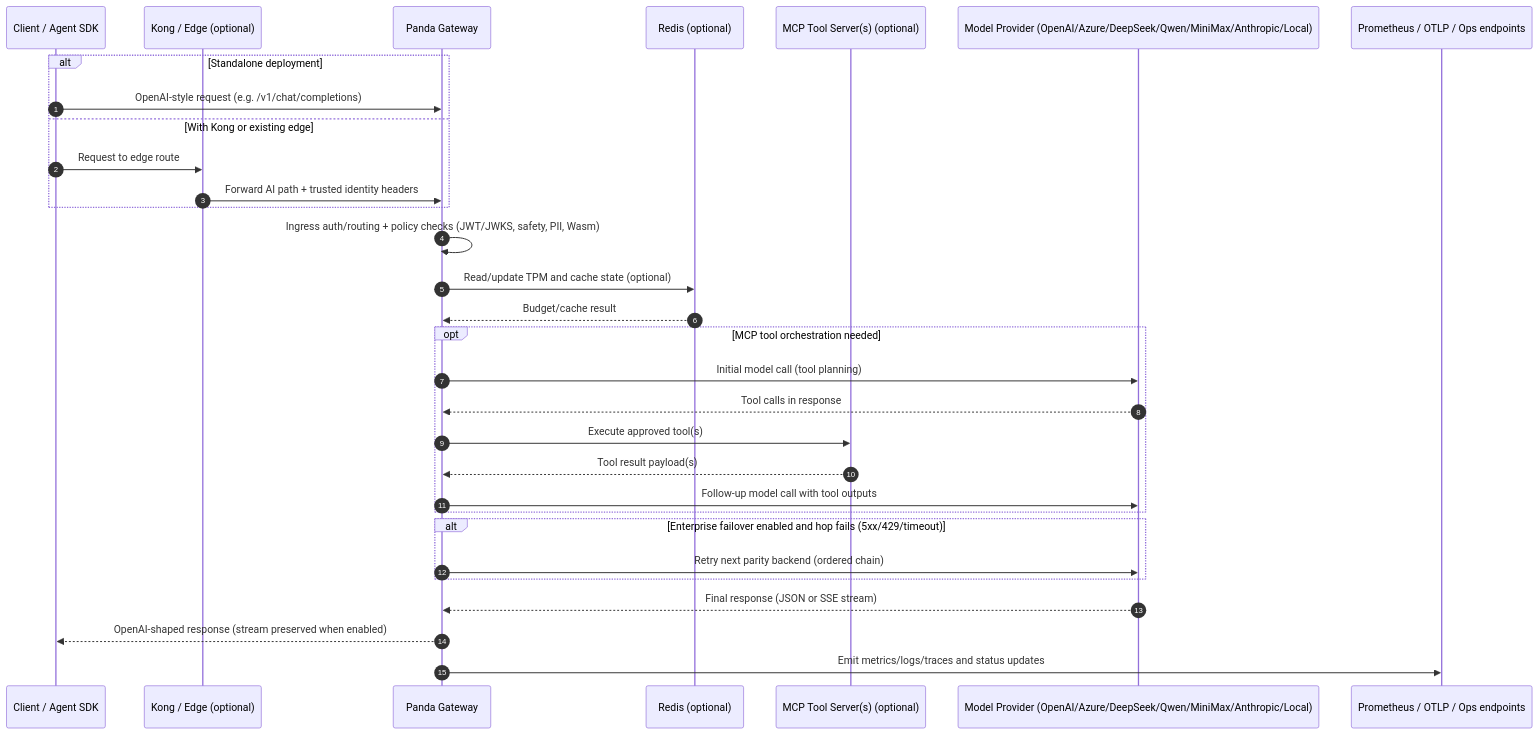
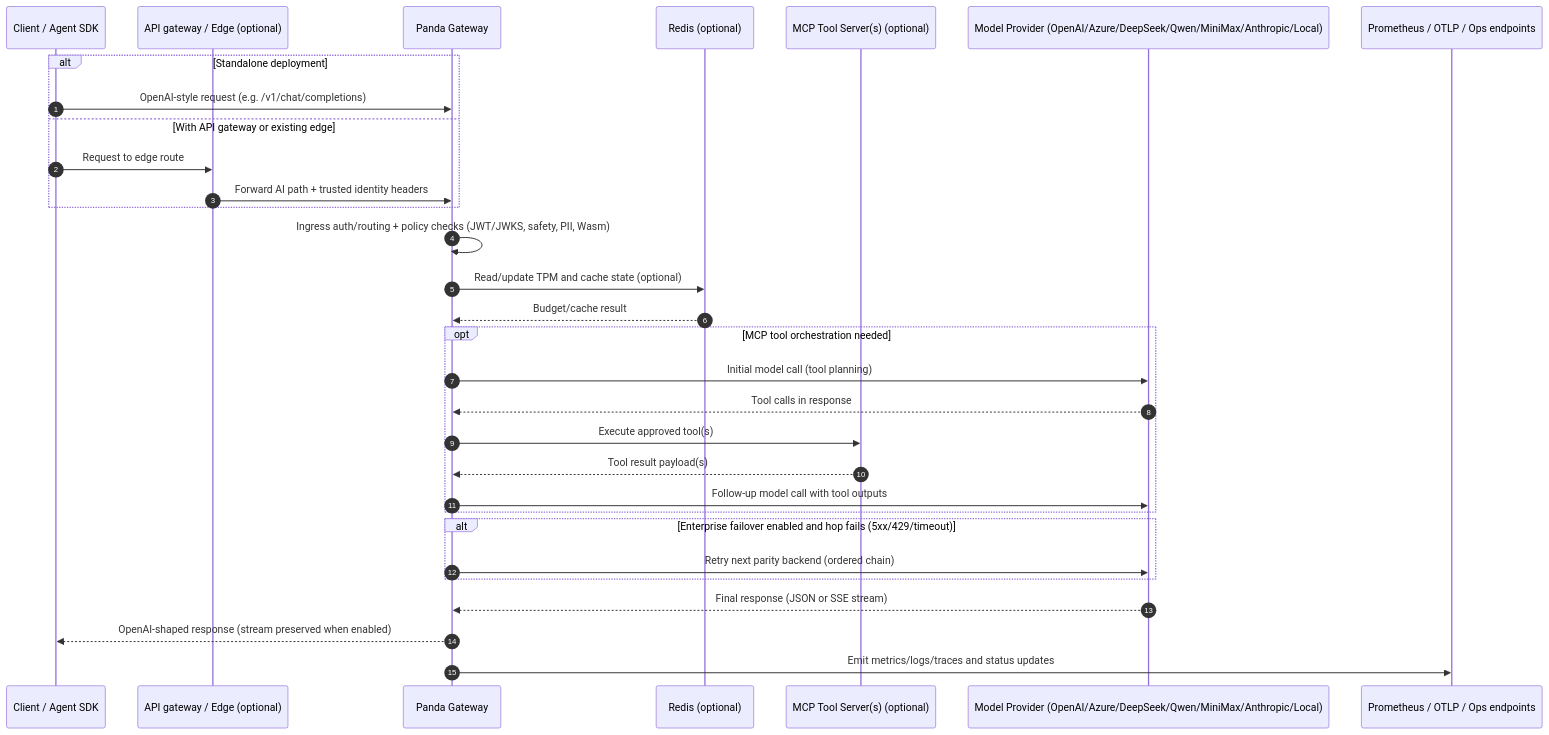
Before and after one commit to allenpeng0705/panda: the second of 2 diagrams in README.md, drawn with Mermaid. The commit also changed other lines of this file and 105 other files, not shown here.

Commit message:
MCP gateway and API gateway

````diff
--- a/README.md
+++ b/README.md
@@ -212,39 +188,39 @@
 ```mermaid
 sequenceDiagram
   autonumber
   participant U as Client / Agent SDK
-  participant K as Kong / Edge (optional)
+  participant K as API gateway / Edge (optional)
   participant P as Panda Gateway
   participant R as Redis (optional)
   participant M as MCP Tool Server(s) (optional)
   participant L as Model Provider (OpenAI/Azure/DeepSeek/Qwen/MiniMax/Anthropic/Local)
   participant O as Prometheus / OTLP / Ops endpoints
 
   alt Standalone deployment
     U->>P: OpenAI-style request (e.g. /v1/chat/completions)
-  else With Kong or existing edge
+  else With API gateway or existing edge
     U->>K: Request to edge route
     K->>P: Forward AI path + trusted identity headers
   end
 
   P->>P: Ingress auth/routing + policy checks (JWT/JWKS, safety, PII, Wasm)
   P->>R: Read/update TPM and cache state (optional)
   R-->>P: Budget/cache result
 
   opt MCP tool orchestration needed
     P->>L: Initial model call (tool planning)
     L-->>P: Tool calls in response
     P->>M: Execute approved tool(s)
     M-->>P: Tool result payload(s)
     P->>L: Follow-up model call with tool outputs
   end
 
   alt Enterprise failover enabled and hop fails (5xx/429/timeout)
     P->>L: Retry next parity backend (ordered chain)
   end
 
   L-->>P: Final response (JSON or SSE stream)
   P-->>U: OpenAI-shaped response (stream preserved when enabled)
 
   P->>O: Emit metrics/logs/traces and status updates
 ```
````
